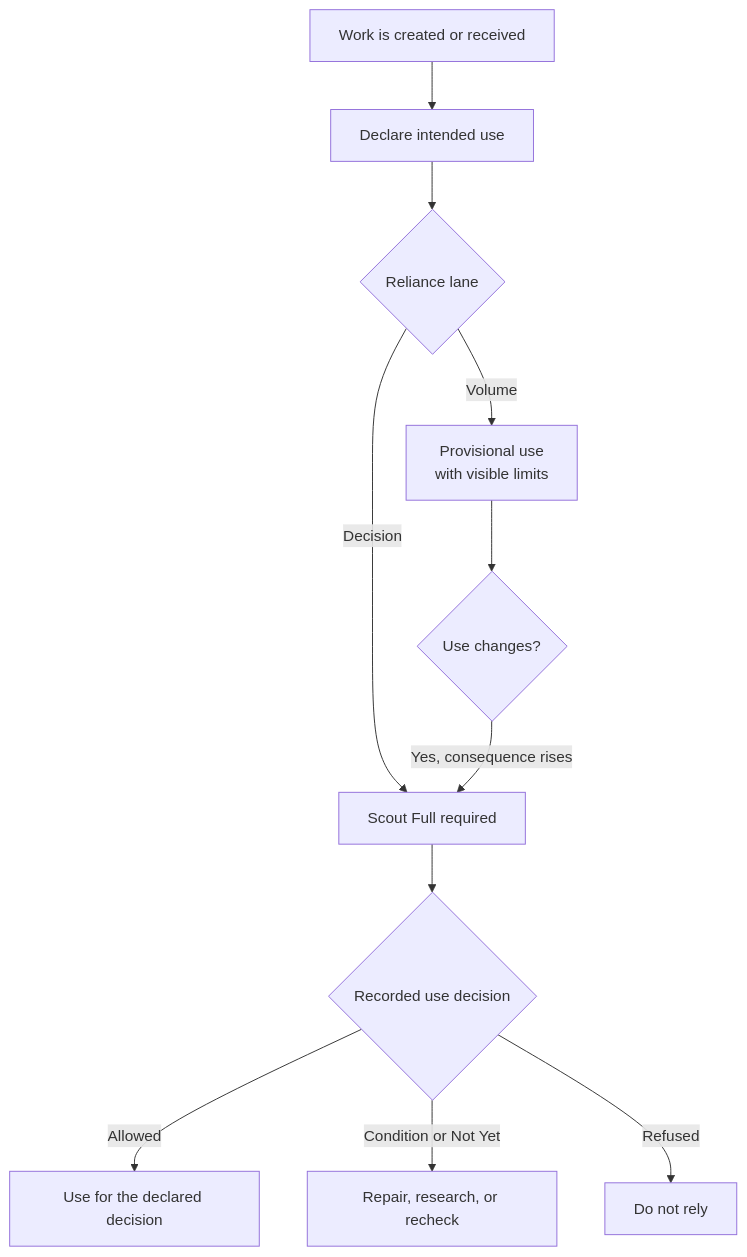
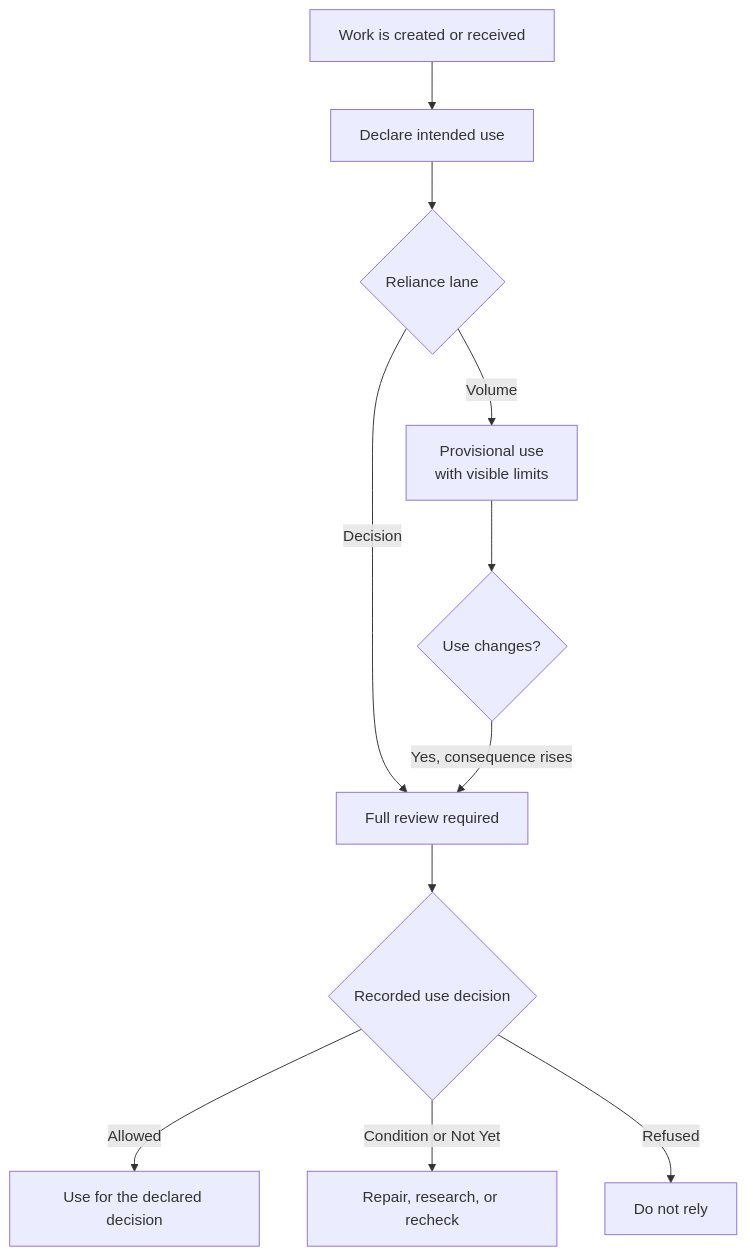
The diagram in lane-discipline.mdx (DavidVALIS/decision-grade), drawn with Mermaid before and after one commit. The commit also changed other lines of this file and 17 other files, not shown here.

````diff
--- a/lane-discipline.mdx
+++ b/lane-discipline.mdx
@@ -29,13 +29,13 @@
 ```mermaid
 flowchart TD
     A[Work is created or received] --> B[Declare intended use]
     B --> C{Reliance lane}
     C -->|Volume| D[Provisional use<br/>with visible limits]
-    C -->|Decision| E[Scout Full required]
+    C -->|Decision| E[Full review required]
     E --> F{Recorded use decision}
     F -->|Allowed| G[Use for the declared decision]
     F -->|Condition or Not Yet| H[Repair, research, or recheck]
     F -->|Refused| I[Do not rely]
     D --> J{Use changes?}
     J -->|Yes, consequence rises| E
 ```
````
